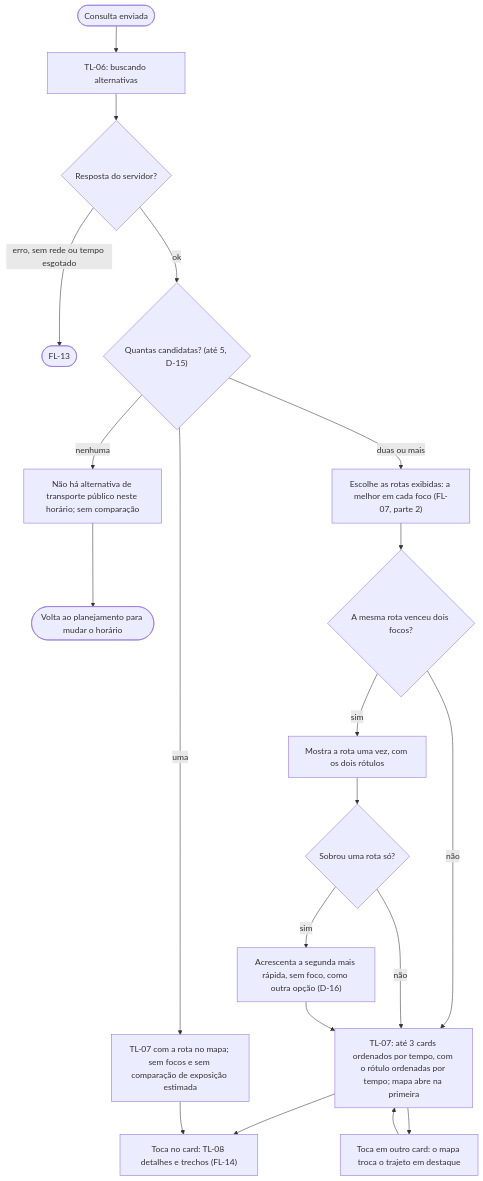
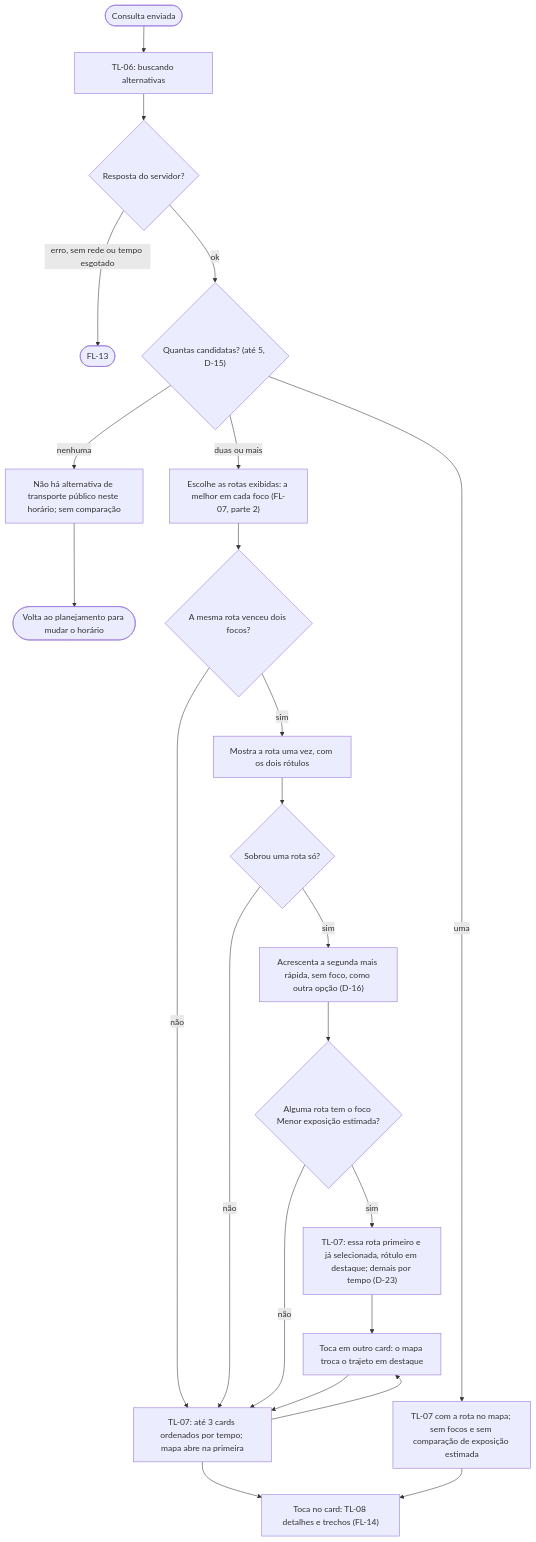
One commit to VoltaSegura/voltasegura changed the diagram in docs/app-map/03_fluxogramas/FL-06_alternativas.md. Above: the diagram before and after it, drawn with Mermaid. The commit also changed other lines of this file and 6 other files, not shown here.

Commit message:
docs(app-map): adiciona os fluxos de compartilhar e acompanhar e prioriza a menor exposição estimada nos fluxos de resultado

````diff
--- a/docs/app-map/03_fluxogramas/FL-06_alternativas.md
+++ b/docs/app-map/03_fluxogramas/FL-06_alternativas.md
@@ -12,22 +12,25 @@
 ```mermaid
 flowchart TD
     S(["Consulta enviada"]) --> LOAD["TL-06: buscando alternativas"]
     LOAD --> RESP{"Resposta do servidor?"}
     RESP -- "erro, sem rede ou tempo esgotado" --> ERR(["FL-13"])
     RESP -- "ok" --> QTD{"Quantas candidatas? (até 5, D-15)"}
     QTD -- "nenhuma" --> SEM["Não há alternativa de transporte público neste horário; sem comparação"]
     SEM --> VOLTA(["Volta ao planejamento para mudar o horário"])
     QTD -- "uma" --> UMA["TL-07 com a rota no mapa; sem focos e sem comparação de exposição estimada"]
     QTD -- "duas ou mais" --> FOCO["Escolhe as rotas exibidas: a melhor em cada foco (FL-07, parte 2)"]
     FOCO --> DUP{"A mesma rota venceu dois focos?"}
     DUP -- "sim" --> JUNTA["Mostra a rota uma vez, com os dois rótulos"]
     DUP -- "não" --> LISTA
     JUNTA --> SO{"Sobrou uma rota só?"}
     SO -- "sim" --> OUTRA["Acrescenta a segunda mais rápida, sem foco, como outra opção (D-16)"]
     SO -- "não" --> LISTA
-    OUTRA --> LISTA["TL-07: até 3 cards ordenados por tempo, com o rótulo ordenadas por tempo; mapa abre na primeira"]
+    OUTRA --> PRI{"Alguma rota tem o foco Menor exposição estimada?"}
+    PRI -- "sim" --> LEXP["TL-07: essa rota primeiro e já selecionada, rótulo em destaque; demais por tempo (D-23)"]
+    PRI -- "não" --> LISTA["TL-07: até 3 cards ordenados por tempo; mapa abre na primeira"]
+    LEXP --> TROCA
     LISTA --> TROCA["Toca em outro card: o mapa troca o trajeto em destaque"]
     TROCA --> LISTA
     LISTA --> DET["Toca no card: TL-08 detalhes e trechos (FL-14)"]
     UMA --> DET
 ```
````
